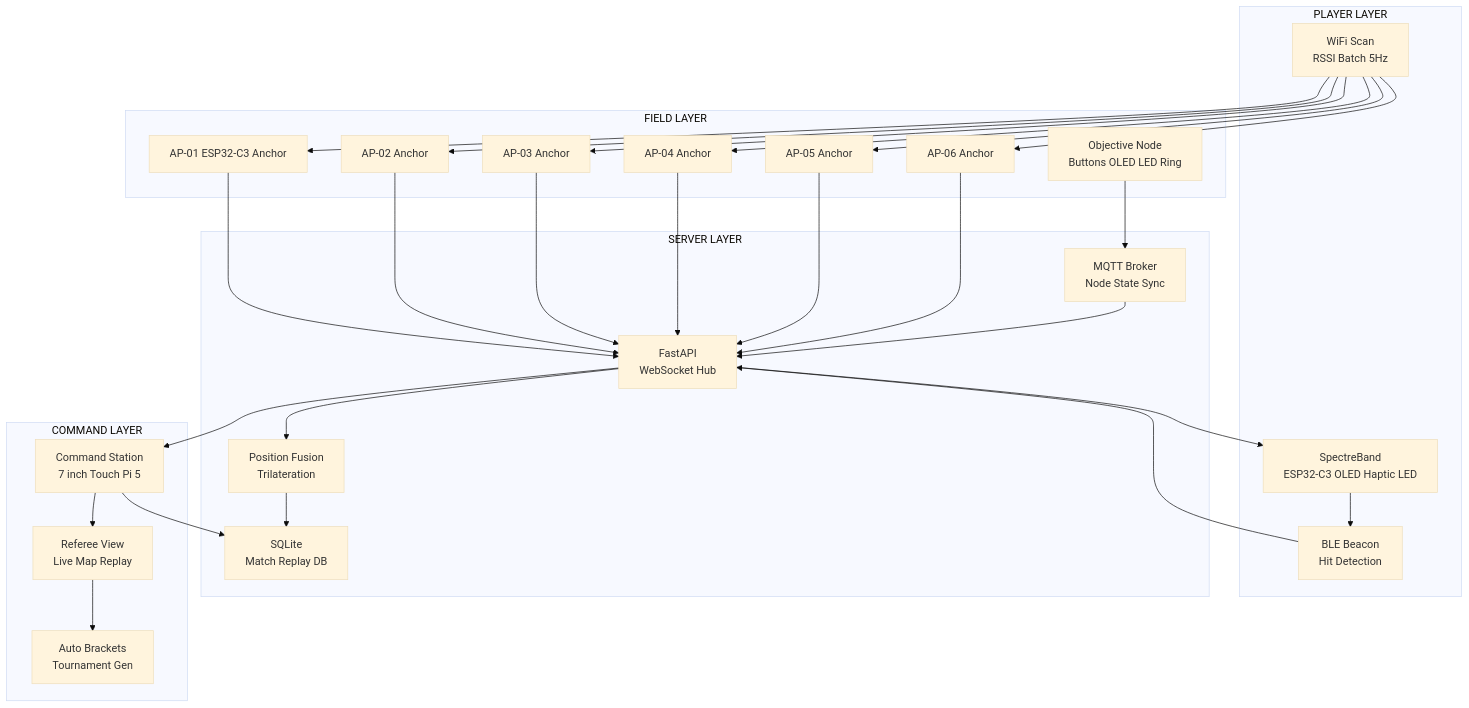
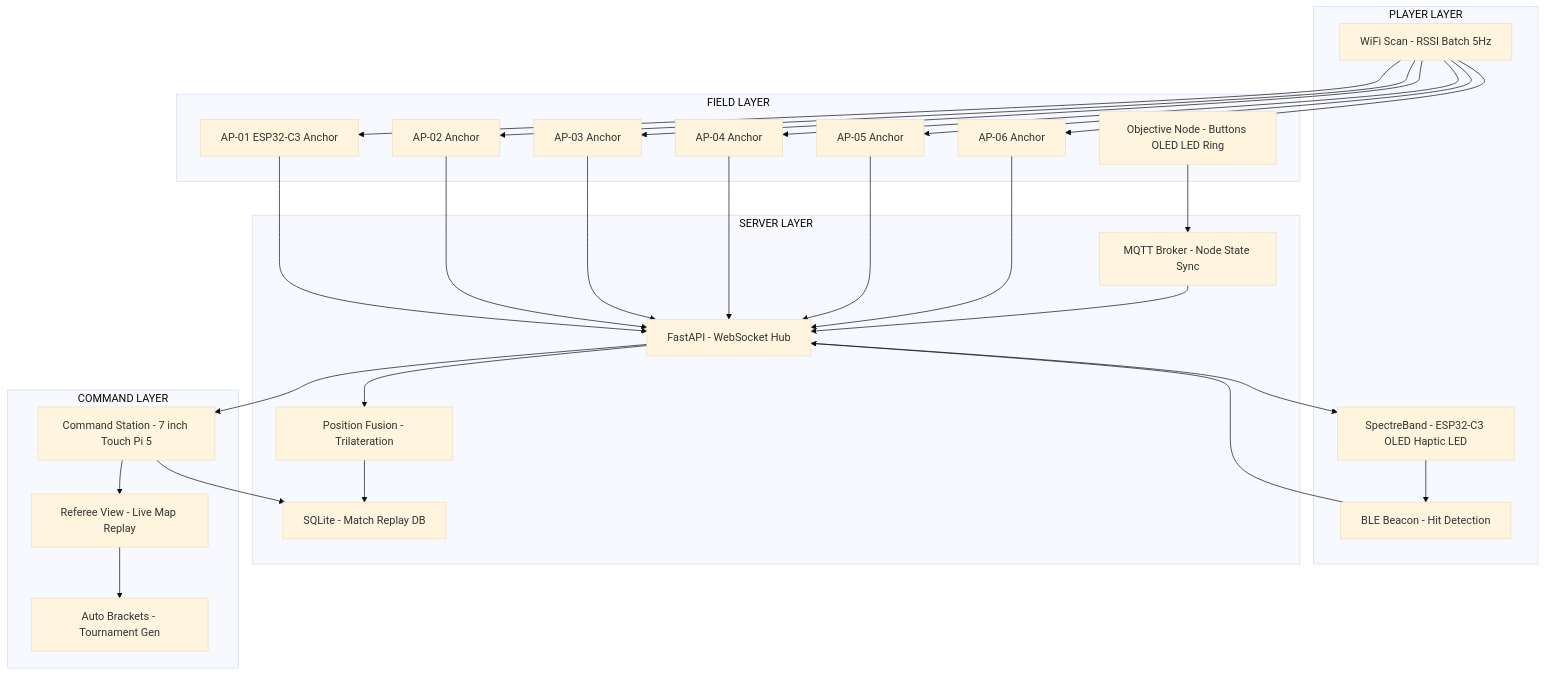
Before and after one commit to toxicwind/paintball-field: the first of 5 diagrams in README.md, drawn with Mermaid (base theme). The commit also changed other lines of this file, not shown here.

Commit message:
docs: comprehensive README with verbose text, branding, SEO, contact info, FAQ, contributing, roadmap, star history

````diff
--- a/README.md
+++ b/README.md
@@ -23,45 +146,45 @@
 ```mermaid
 flowchart TB
     subgraph FIELD["FIELD LAYER"]
         AP1["AP-01 ESP32-C3 Anchor"]
         AP2["AP-02 Anchor"]
         AP3["AP-03 Anchor"]
         AP4["AP-04 Anchor"]
         AP5["AP-05 Anchor"]
         AP6["AP-06 Anchor"]
-        NODE["Objective Node<br/>Buttons OLED LED Ring"]
+        NODE["Objective Node - Buttons OLED LED Ring"]
     end
 
     subgraph PLAYER["PLAYER LAYER"]
-        BAND["SpectreBand<br/>ESP32-C3 OLED Haptic LED"]
-        BLE["BLE Beacon<br/>Hit Detection"]
-        WIFI["WiFi Scan<br/>RSSI Batch 5Hz"]
+        BAND["SpectreBand - ESP32-C3 OLED Haptic LED"]
+        BLE["BLE Beacon - Hit Detection"]
+        WIFI["WiFi Scan - RSSI Batch 5Hz"]
     end
 
     subgraph SERVER["SERVER LAYER"]
-        FASTAPI["FastAPI<br/>WebSocket Hub"]
-        FUSION["Position Fusion<br/>Trilateration"]
-        SQLITE["SQLite<br/>Match Replay DB"]
-        MQTT["MQTT Broker<br/>Node State Sync"]
+        FASTAPI["FastAPI - WebSocket Hub"]
+        FUSION["Position Fusion - Trilateration"]
+        SQLITE["SQLite - Match Replay DB"]
+        MQTT["MQTT Broker - Node State Sync"]
     end
 
     subgraph COMMAND["COMMAND LAYER"]
-        TABLET["Command Station<br/>7 inch Touch Pi 5"]
-        REFEREE["Referee View<br/>Live Map Replay"]
-        BRACKET["Auto Brackets<br/>Tournament Gen"]
+        TABLET["Command Station - 7 inch Touch Pi 5"]
+        REFEREE["Referee View - Live Map Replay"]
+        BRACKET["Auto Brackets - Tournament Gen"]
     end
 
     WIFI --> AP1 & AP2 & AP3 & AP4 & AP5 & AP6
     AP1 & AP2 & AP3 & AP4 & AP5 & AP6 --> FASTAPI
     BAND --> BLE
     BLE --> FASTAPI
     FASTAPI --> BAND
     FASTAPI --> FUSION
     FUSION --> SQLITE
     NODE --> MQTT
     MQTT --> FASTAPI
     FASTAPI --> TABLET
     TABLET --> SQLITE
     TABLET --> REFEREE
     REFEREE --> BRACKET
 ```
````
